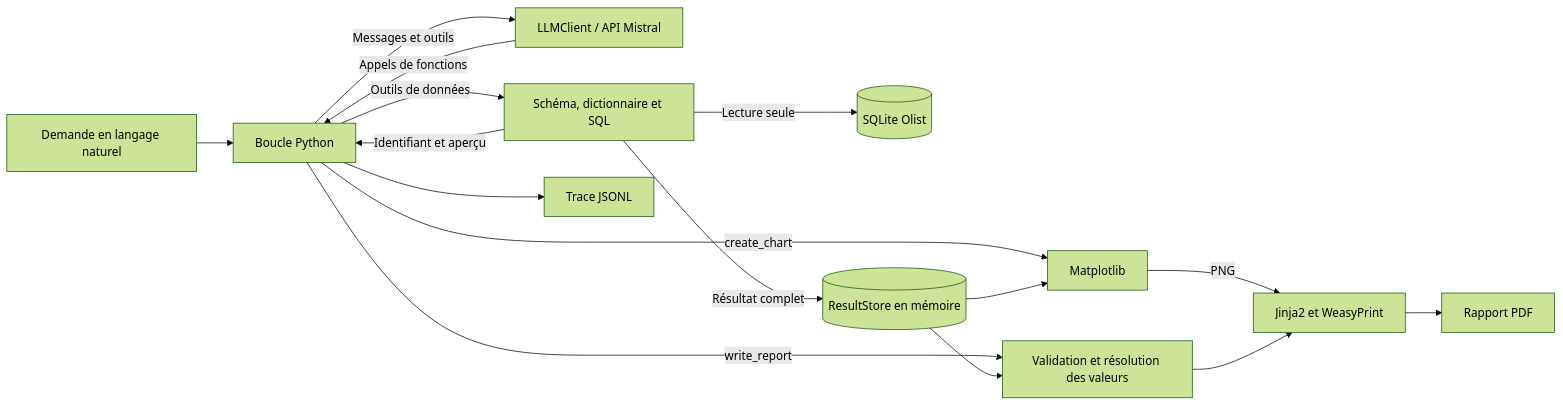
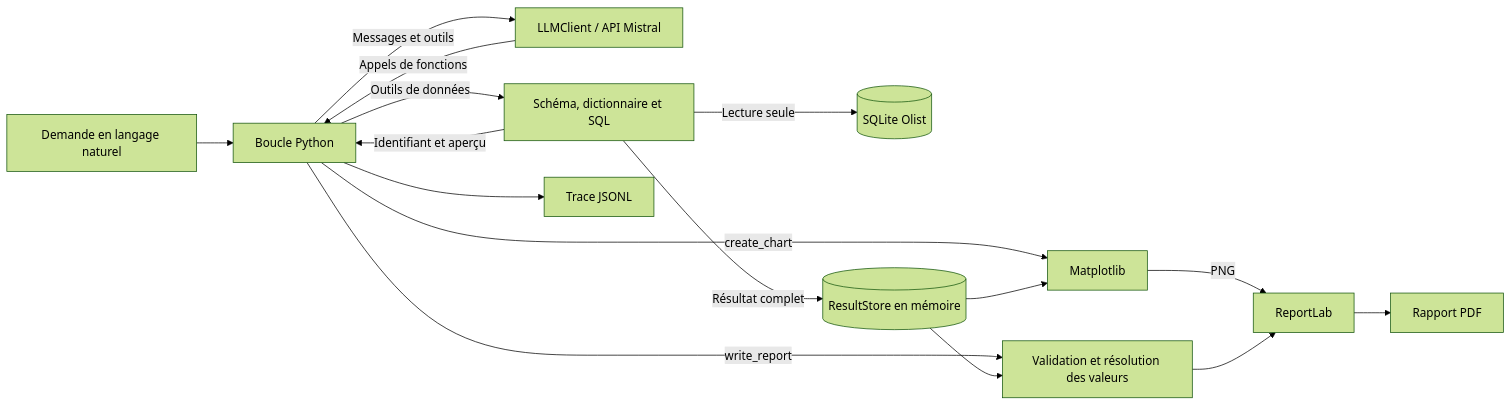
Before and after one commit to tangmomb/agent_sql_rapport: the diagram in README.md, drawn with Mermaid (forest theme). The commit also changed other lines of this file and 9 other files, not shown here.

Commit message:
Adopte ReportLab et précise les aperçus du Studio

````diff
--- a/README.md
+++ b/README.md
@@ -195,18 +175,18 @@
 ```mermaid
 flowchart LR
     CLI["Demande en langage naturel"] --> Agent["Boucle Python"]
     Agent -->|"Messages et outils"| LLM["LLMClient / API Mistral"]
     LLM -->|"Appels de fonctions"| Agent
     Agent -->|"Outils de données"| SQL["Schéma, dictionnaire et SQL"]
     SQL -->|"Lecture seule"| DB[("SQLite Olist")]
     SQL -->|"Résultat complet"| Store[("ResultStore en mémoire")]
     SQL -->|"Identifiant et aperçu"| Agent
     Agent -->|"create_chart"| Chart["Matplotlib"]
     Store --> Chart
     Agent -->|"write_report"| Report["Validation et résolution des valeurs"]
     Store --> Report
-    Chart -->|"PNG"| Render["Jinja2 et WeasyPrint"]
+    Chart -->|"PNG"| Render["ReportLab"]
     Report --> Render
     Render --> PDF["Rapport PDF"]
     Agent --> Trace["Trace JSONL"]
 ```
````
